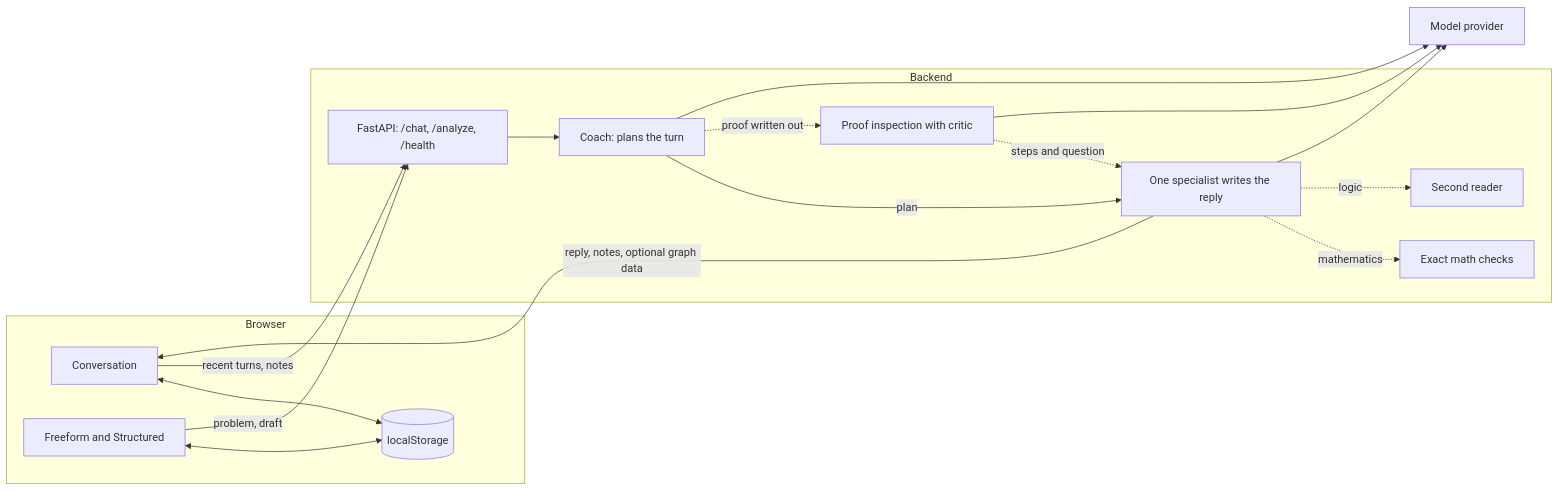
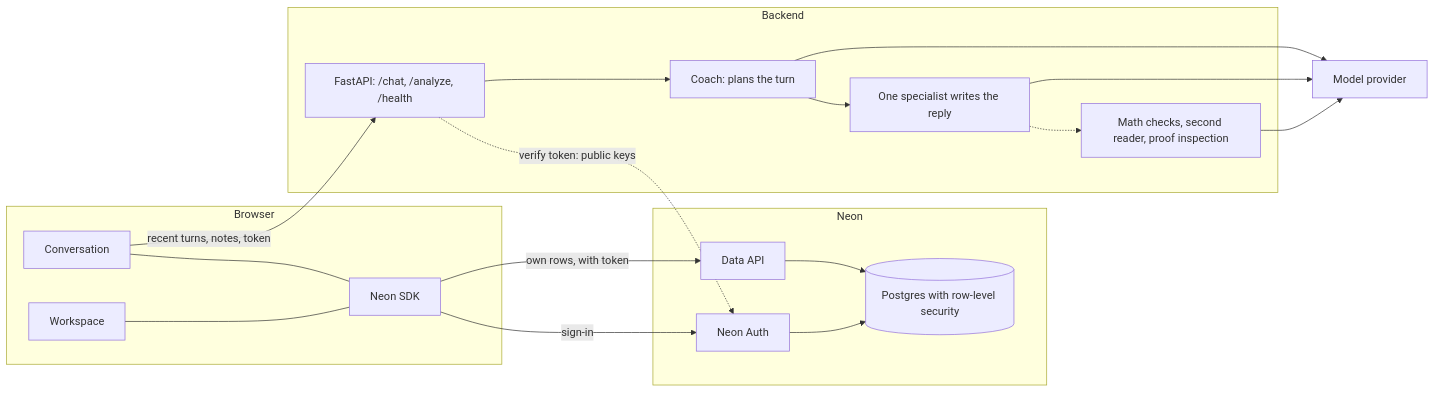
The diagram in README.md (bvazrala/Hetu), drawn with Mermaid before and after one commit. The commit also changed other lines of this file and 55 other files, not shown here.

Commit message:
MVP functionality, Neon db + auth

````diff
--- a/README.md
+++ b/README.md
@@ -31,32 +48,34 @@
 ```mermaid
 flowchart LR
     subgraph Browser
         CV[Conversation]
-        WS[Freeform and Structured]
-        LS[(localStorage)]
+        WS[Workspace]
+        SDK["Neon SDK"]
+    end
+    subgraph Neon
+        NA["Neon Auth"]
+        DA["Data API"]
+        PG[("Postgres with row-level security")]
     end
     subgraph Backend
         API["FastAPI: /chat, /analyze, /health"]
         CO["Coach: plans the turn"]
         SP["One specialist writes the reply"]
-        MT["Exact math checks"]
-        SR["Second reader"]
-        PI["Proof inspection with critic"]
+        TL["Math checks, second reader, proof inspection"]
     end
     PR[Model provider]
 
-    CV <--> LS
-    WS <--> LS
-    CV -->|"recent turns, notes"| API
-    WS -->|"problem, draft"| API
-    API --> CO
-    CO -->|"plan"| SP
-    CO -.->|"proof written out"| PI
-    PI -.->|"steps and question"| SP
-    SP -.->|"mathematics"| MT
-    SP -.->|"logic"| SR
+    CV --- SDK
+    WS --- SDK
+    SDK -->|"sign-in"| NA
+    SDK -->|"own rows, with token"| DA
+    DA --> PG
+    NA --> PG
+    CV -->|"recent turns, notes, token"| API
+    API -.->|"verify token: public keys"| NA
+    API --> CO --> SP
+    SP -.-> TL
     CO --> PR
     SP --> PR
-    PI --> PR
-    SP -->|"reply, notes, optional graph data"| CV
+    TL --> PR
 ```
````
